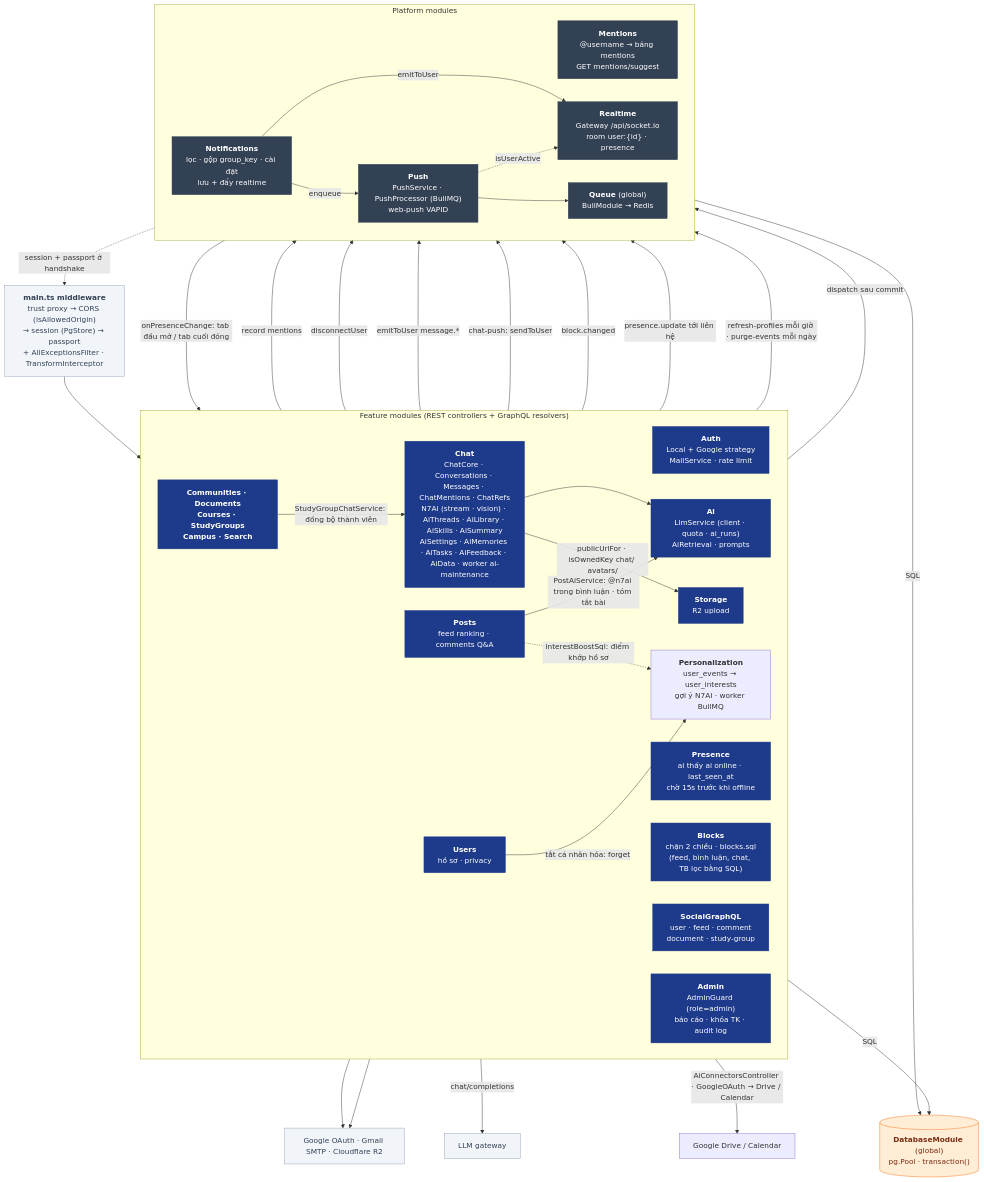
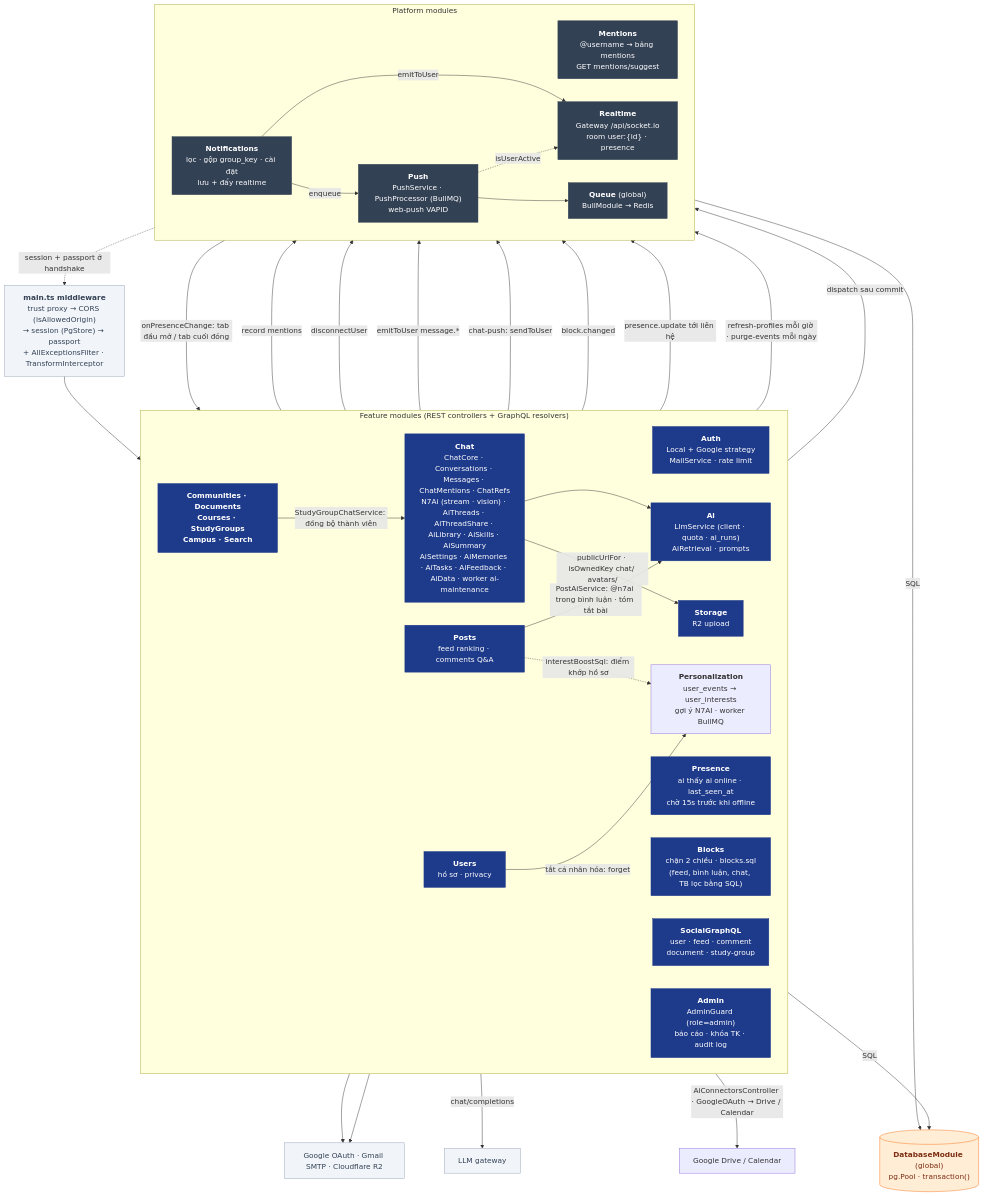
One commit to nhatcoi/pu-connect changed the diagram in docs/diagrams/03-api-components.md. Above: the diagram before and after it, drawn with Mermaid. The commit also changed other lines of this file and 25 other files, not shown here.

````diff
--- a/docs/diagrams/03-api-components.md
+++ b/docs/diagrams/03-api-components.md
@@ -7,66 +7,66 @@
 ```mermaid
 flowchart TB
   mw["<b>main.ts middleware</b><br/>trust proxy → CORS (isAllowedOrigin)<br/>→ session (PgStore) → passport<br/>+ AllExceptionsFilter · TransformInterceptor"]
 
   subgraph Feature["Feature modules (REST controllers + GraphQL resolvers)"]
     direction LR
     auth["<b>Auth</b><br/>Local + Google strategy<br/>MailService · rate limit"]
     users["<b>Users</b><br/>hồ sơ · privacy"]
     presence["<b>Presence</b><br/>ai thấy ai online · last_seen_at<br/>chờ 15s trước khi offline"]
     blocks["<b>Blocks</b><br/>chặn 2 chiều · blocks.sql<br/>(feed, bình luận, chat, TB lọc bằng SQL)"]
     posts["<b>Posts</b><br/>feed ranking · comments Q&A"]
     gql["<b>SocialGraphQL</b><br/>user · feed · comment<br/>document · study-group"]
     others["<b>Communities · Documents<br/>Courses · StudyGroups<br/>Campus · Search</b>"]
     storage["<b>Storage</b><br/>R2 upload"]
     admin["<b>Admin</b><br/>AdminGuard (role=admin)<br/>báo cáo · khóa TK · audit log"]
-    chat["<b>Chat</b><br/>ChatCore · Conversations · Messages · ChatMentions · ChatRefs<br/>N7Ai (stream · vision) · AiThreads · AiLibrary · AiSkills · AiSummary<br/>AiSettings · AiMemories · AiTasks · AiFeedback · AiData · worker ai-maintenance"]
+    chat["<b>Chat</b><br/>ChatCore · Conversations · Messages · ChatMentions · ChatRefs<br/>N7Ai (stream · vision) · AiThreads · AiThreadShare · AiLibrary · AiSkills · AiSummary<br/>AiSettings · AiMemories · AiTasks · AiFeedback · AiData · worker ai-maintenance"]
     ai["<b>Ai</b><br/>LlmService (client · quota · ai_runs)<br/>AiRetrieval · prompts"]
     perso["<b>Personalization</b><br/>user_events → user_interests<br/>gợi ý N7AI · worker BullMQ"]
   end
 
   subgraph Platform["Platform modules"]
     direction LR
     mentions["<b>Mentions</b><br/>@username → bảng mentions<br/>GET mentions/suggest"]
     notif["<b>Notifications</b><br/>lọc · gộp group_key · cài đặt<br/>lưu + đẩy realtime"]
     rt["<b>Realtime</b><br/>Gateway /api/socket.io<br/>room user:{id} · presence"]
     push["<b>Push</b><br/>PushService · PushProcessor (BullMQ)<br/>web-push VAPID"]
     queue["<b>Queue</b> (global)<br/>BullModule → Redis"]
   end
 
   db[("<b>DatabaseModule</b> (global)<br/>pg.Pool · transaction()")]
   ext["Google OAuth · Gmail SMTP · Cloudflare R2"]
 
   mw --> Feature
   posts -->|record mentions| mentions
   Feature -->|dispatch sau commit| notif -->|emitToUser| rt
   notif -->|enqueue| push --> queue
   push -. isUserActive .-> rt
   rt -. session + passport ở handshake .-> mw
   Feature -->|SQL| db
   Platform -->|SQL| db
   auth & storage --> ext
   admin -->|disconnectUser| rt
   chat -->|emitToUser message.*| rt
   chat -->|chat-push: sendToUser| push
   chat --> ai
   posts -->|PostAiService: @n7ai trong bình luận · tóm tắt bài| ai
   ai -->|chat/completions| llm["LLM gateway"]
   ai -->|AiConnectorsController · GoogleOAuth → Drive / Calendar| gdrive["Google Drive / Calendar"]
   chat -->|publicUrlFor · isOwnedKey chat/ avatars/| storage
   others -->|StudyGroupChatService: đồng bộ thành viên| chat
   blocks -->|block.changed| rt
   rt -->|onPresenceChange: tab đầu mở / tab cuối đóng| presence
   presence -->|presence.update tới liên hệ| rt
   users -->|tắt cá nhân hóa: forget| perso
   perso -->|refresh-profiles mỗi giờ · purge-events mỗi ngày| queue
   posts -. interestBoostSql: điểm khớp hồ sơ .-> perso
 
   classDef mod fill:#1e3a8a,stroke:#1e3a8a,color:#fff
   classDef plat fill:#334155,stroke:#334155,color:#fff
   classDef store fill:#ffedd5,stroke:#f97316,color:#7c2d12
   classDef external fill:#f1f5f9,stroke:#94a3b8,color:#334155
   class auth,users,blocks,presence,ai,posts,communities,others,storage,gql,admin,chat mod
   class mentions,notif,rt,push,queue plat
   class db store
   class ext,mw,llm external
 ```
````
